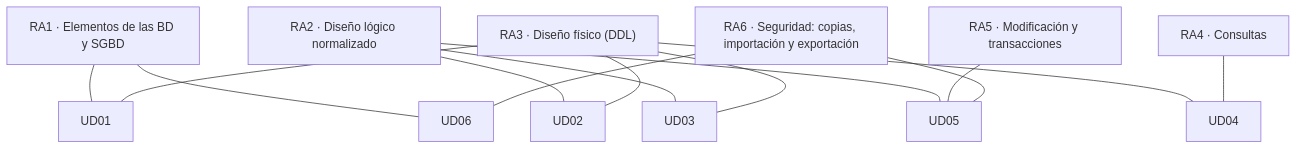
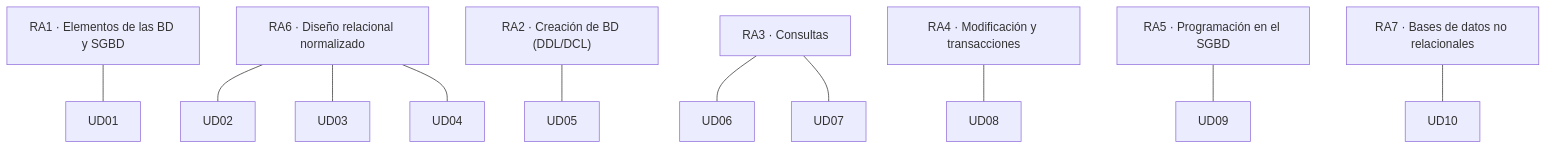
One commit to LorenaLResusta/GBD changed the diagram in content.es/guia/ra-ce.md. Above: the diagram before and after it, drawn with Mermaid. The commit also changed other lines of this file and 376 other files, not shown here.

````diff
--- a/content.es/guia/ra-ce.md
+++ b/content.es/guia/ra-ce.md
@@ -15,9 +15,10 @@
 ```mermaid
 flowchart TB
-    RA1["RA1 · Elementos de las BD y SGBD"] --- U1[UD01] & U6[UD06]
-    RA2["RA2 · Diseño lógico normalizado"] --- U2[UD02] & U3[UD03] & U5[UD05]
-    RA3["RA3 · Diseño físico (DDL)"] --- U1[UD01] & U2[UD02] & U3[UD03] & U4[UD04]
-    RA4["RA4 · Consultas"] --- U4[UD04]
-    RA5["RA5 · Modificación y transacciones"] --- U5[UD05]
-    RA6["RA6 · Seguridad: copias, importación y exportación"] --- U5[UD05] & U6[UD06]
+    RA1["RA1 · Elementos de las BD y SGBD"] --- U1[UD01]
+    RA6["RA6 · Diseño relacional normalizado"] --- U2[UD02] & U3[UD03] & U4[UD04]
+    RA2["RA2 · Creación de BD (DDL/DCL)"] --- U5[UD05]
+    RA3["RA3 · Consultas"] --- U6[UD06] & U7[UD07]
+    RA4["RA4 · Modificación y transacciones"] --- U8[UD08]
+    RA5["RA5 · Programación en el SGBD"] --- U9[UD09]
+    RA7["RA7 · Bases de datos no relacionales"] --- U10[UD10]
 ```
````
